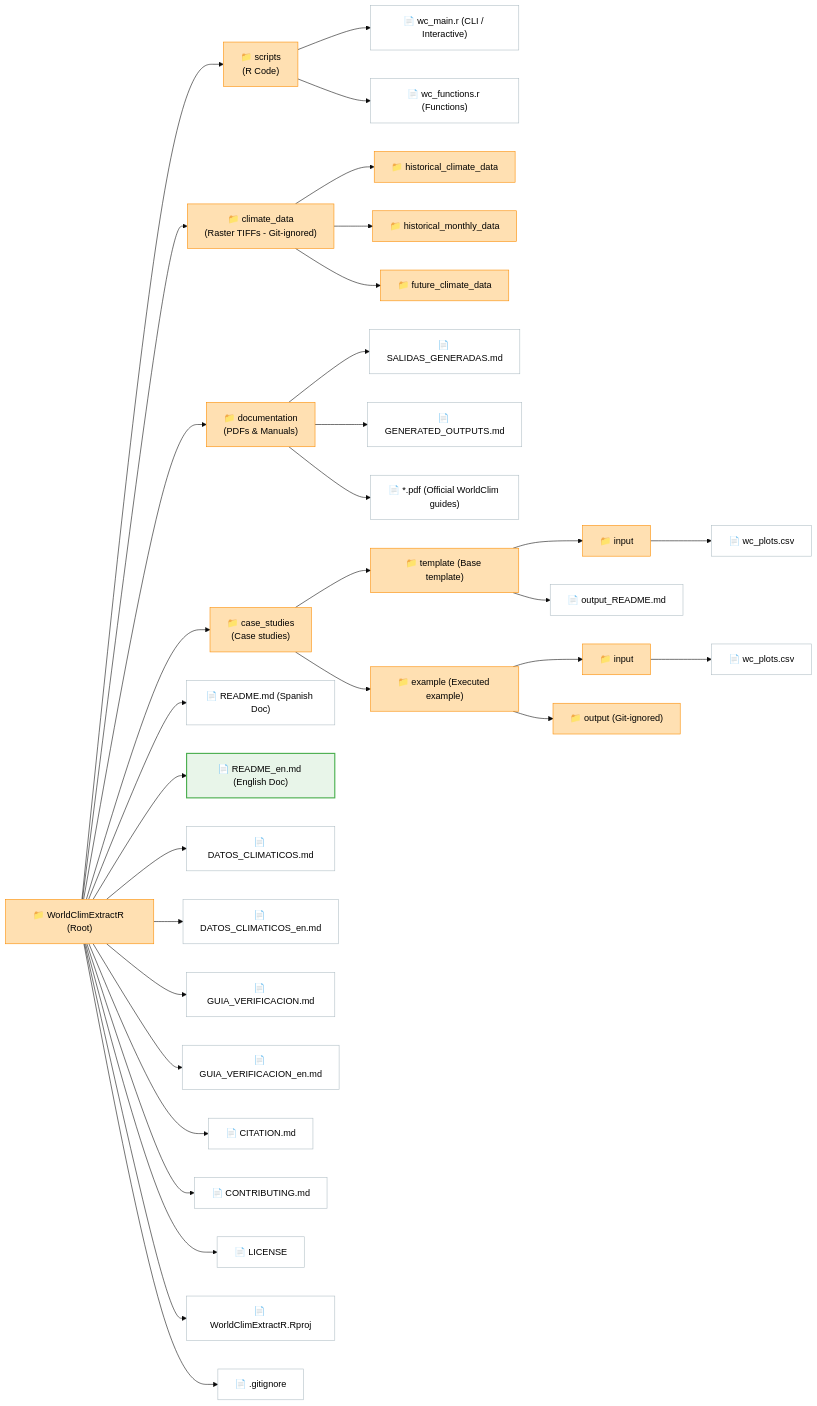
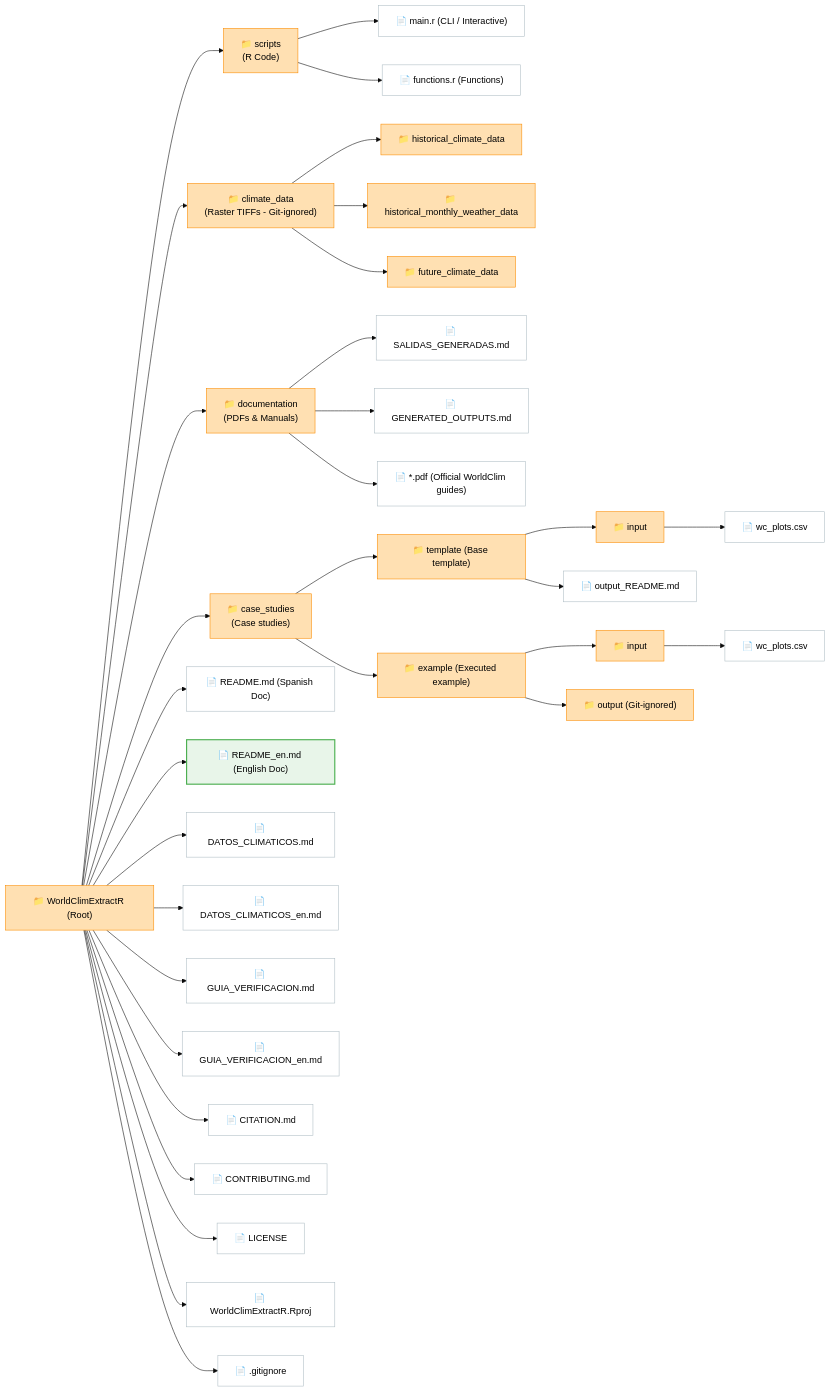
Before and after one commit to aitorvv/WorldClimExtractR: the diagram in README_en.md, drawn with Mermaid (base theme). The commit also changed other lines of this file and 17 other files, not shown here.

````diff
--- a/README_en.md
+++ b/README_en.md
@@ -113,56 +113,56 @@
 ```mermaid
 graph LR
     %% Node style definitions
     classDef folder fill:#ffe0b2,stroke:#fb8c00,stroke-width:1px,color:#000000;
     classDef file fill:#ffffff,stroke:#b0bec5,stroke-width:1px,color:#000000;
     classDef mainFile fill:#e8f5e9,stroke:#4caf50,stroke-width:2px,color:#000000;
     
     Root["📁 WorldClimExtractR (Root)"]:::folder
     
     %% Main folders
     Root --> DirScripts["📁 scripts<br>(R Code)"]:::folder
     Root --> DirData["📁 climate_data<br>(Raster TIFFs - Git-ignored)"]:::folder
     Root --> DirDoc["📁 documentation<br>(PDFs & Manuals)"]:::folder
     Root --> DirCases["📁 case_studies<br>(Case studies)"]:::folder
     
     %% Root files
     Root --> ReadmeEs["📄 README.md (Spanish Doc)"]:::file
     Root --> ReadmeEn["📄 README_en.md (English Doc)"]:::mainFile
     Root --> DatosCliEs["📄 DATOS_CLIMATICOS.md"]:::file
     Root --> DatosCliEn["📄 DATOS_CLIMATICOS_en.md"]:::file
     Root --> GuiaVerEs["📄 GUIA_VERIFICACION.md"]:::file
     Root --> GuiaVerEn["📄 GUIA_VERIFICACION_en.md"]:::file
     Root --> Cit["📄 CITATION.md"]:::file
     Root --> Cont["📄 CONTRIBUTING.md"]:::file
     Root --> Lic["📄 LICENSE"]:::file
     Root --> Proj["📄 WorldClimExtractR.Rproj"]:::file
     Root --> Gitignore["📄 .gitignore"]:::file
     
     %% scripts/
-    DirScripts --> ScriptMain["📄 wc_main.r (CLI / Interactive)"]:::file
-    DirScripts --> ScriptFuncs["📄 wc_functions.r (Functions)"]:::file
+    DirScripts --> ScriptMain["📄 main.r (CLI / Interactive)"]:::file
+    DirScripts --> ScriptFuncs["📄 functions.r (Functions)"]:::file
     
     %% climate_data/
     DirData --> DataHist["📁 historical_climate_data"]:::folder
-    DirData --> DataMonthly["📁 historical_monthly_data"]:::folder
+    DirData --> DataMonthly["📁 historical_monthly_weather_data"]:::folder
     DirData --> DataFuture["📁 future_climate_data"]:::folder
     
     %% documentation/
     DirDoc --> DocGenEs["📄 SALIDAS_GENERADAS.md"]:::file
     DirDoc --> DocGenEn["📄 GENERATED_OUTPUTS.md"]:::file
     DirDoc --> DocPdfs["📄 *.pdf (Official WorldClim guides)"]:::file
     
     %% case_studies/
     DirCases --> CaseTempl["📁 template (Base template)"]:::folder
     DirCases --> CaseEx["📁 example (Executed example)"]:::folder
     
     %% template/
     CaseTempl --> TemplInput["📁 input"]:::folder
     CaseTempl --> TemplReadme["📄 output_README.md"]:::file
     TemplInput --> TemplPlots["📄 wc_plots.csv"]:::file
     
     %% example/
     CaseEx --> ExInput["📁 input"]:::folder
     CaseEx --> ExOutput["📁 output (Git-ignored)"]:::folder
     ExInput --> ExPlots["📄 wc_plots.csv"]:::file
 ```
````
